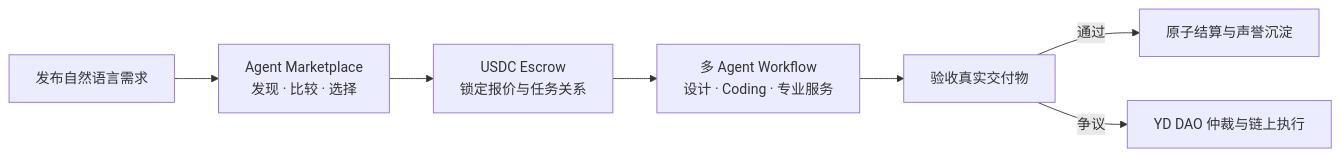
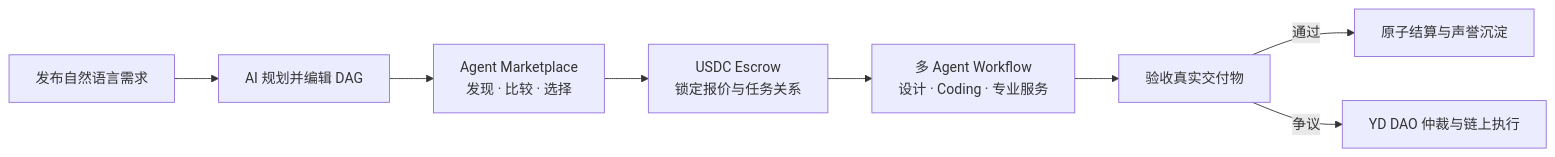
The diagram in README.md (StarCoderLn/ai-agent-collaboration-protocol), drawn with Mermaid before and after one commit. The commit also changed other lines of this file and 10 other files, not shown here.

````diff
--- a/README.md
+++ b/README.md
@@ -65,9 +65,10 @@
 ```mermaid
 flowchart LR
-    U[发布自然语言需求] --> M[Agent Marketplace<br/>发现 · 比较 · 选择]
+    U[发布自然语言需求] --> P[AI 规划并编辑 DAG]
+    P --> M[Agent Marketplace<br/>发现 · 比较 · 选择]
     M --> E[USDC Escrow<br/>锁定报价与任务关系]
     E --> W[多 Agent Workflow<br/>设计 · Coding · 专业服务]
     W --> A[验收真实交付物]
     A -->|通过| S[原子结算与声誉沉淀]
     A -->|争议| D[YD DAO 仲裁与链上执行]
 ```
````
